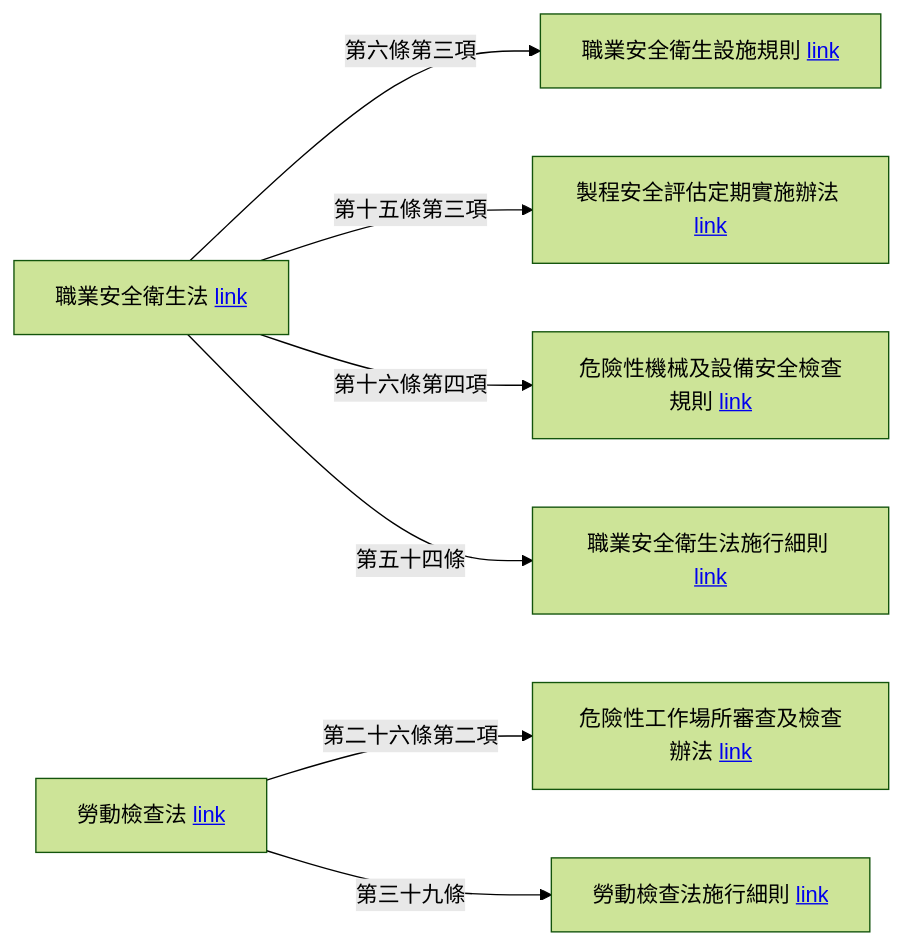
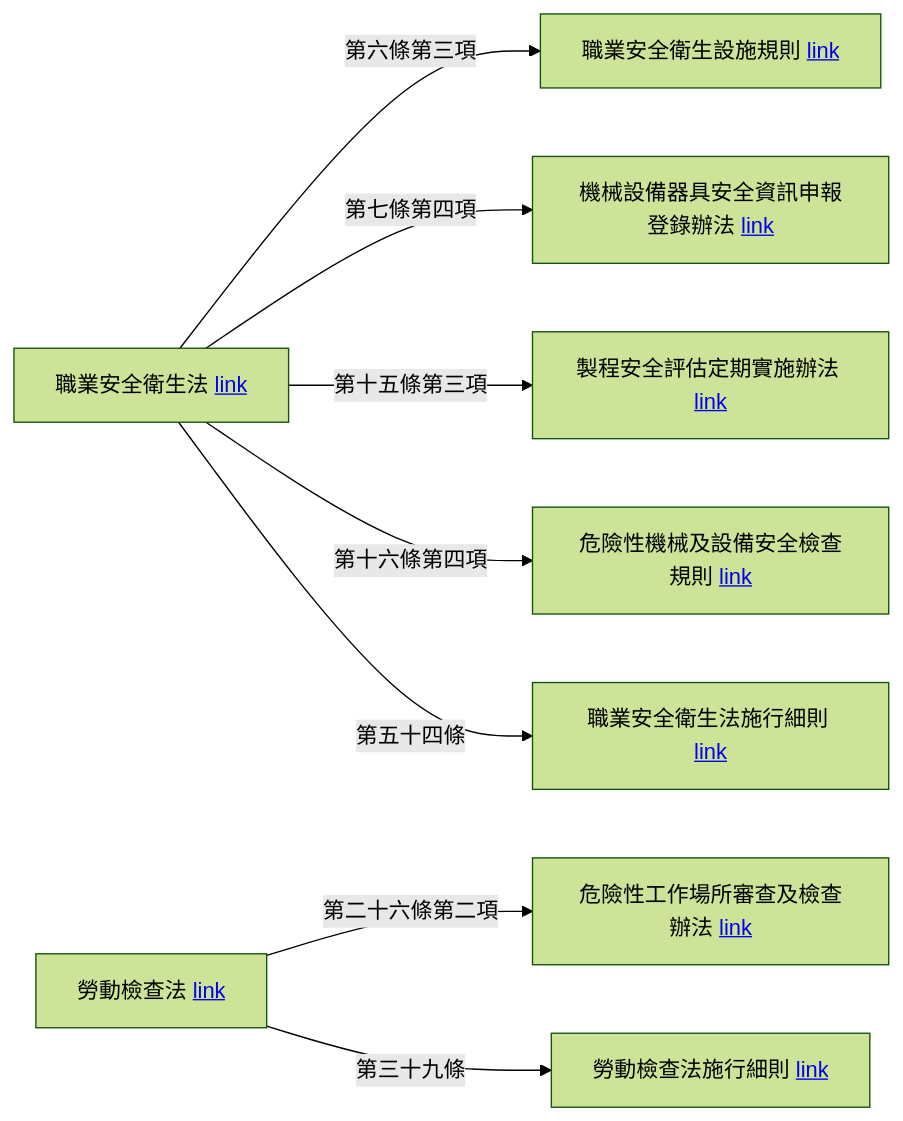
Before and after one commit to YuCH-Hank/OSH: the diagram in docs/A_法規依據/法規參考連結.md, drawn with Mermaid (forest theme). The commit also changed other lines of this file and 3 other files, not shown here.

````diff
--- a/docs/A_法規依據/法規參考連結.md
+++ b/docs/A_法規依據/法規參考連結.md
@@ -3,22 +3,24 @@
 ```mermaid
 flowchart LR
 
     A["職業安全衛生法" <a href='https://law.moj.gov.tw/LawClass/LawAll.aspx?pcode=N0060001'>link</a>]
-    B["職業安全衛生設施規則" <a href='https://law.moj.gov.tw/LawClass/LawAll.aspx?pcode=N0060009'>link</a>]
-    C["職業安全衛生法施行細則" <a href='https://law.moj.gov.tw/LawClass/LawAll.aspx?pcode=N0060002'>link</a>]
-    D["危險性機械及設備安全檢查規則" <a href='https://law.moj.gov.tw/LawClass/LawAll.aspx?pcode=N0060039'>link</a>]
-    G["製程安全評估定期實施辦法" <a href='https://law.moj.gov.tw/LawClass/LawAll.aspx?pcode=N0060071'>link</a>]
+    AA["職業安全衛生設施規則" <a href='https://law.moj.gov.tw/LawClass/LawAll.aspx?pcode=N0060009'>link</a>]
+    AB["職業安全衛生法施行細則" <a href='https://law.moj.gov.tw/LawClass/LawAll.aspx?pcode=N0060002'>link</a>]
+    AC["危險性機械及設備安全檢查規則" <a href='https://law.moj.gov.tw/LawClass/LawAll.aspx?pcode=N0060039'>link</a>]
+    AD["製程安全評估定期實施辦法" <a href='https://law.moj.gov.tw/LawClass/LawAll.aspx?pcode=N0060071'>link</a>]
+    AE["機械設備器具安全資訊申報登錄辦法" <a href='https://law.moj.gov.tw/LawClass/LawAll.aspx?pcode=N0060056'>link</a>]
 
-    AA["勞動檢查法" <a href='https://law.moj.gov.tw/LawClass/LawAll.aspx?pcode=N0070001'>link</a>]
-    E["危險性工作場所審查及檢查辦法" <a href='https://law.moj.gov.tw/LawClass/LawAll.aspx?pcode=N0070019'>link</a>]
-    F["勞動檢查法施行細則" <a href='https://law.moj.gov.tw/LawClass/LawAll.aspx?pcode=N0070004'>link</a>]
+    B["勞動檢查法" <a href='https://law.moj.gov.tw/LawClass/LawAll.aspx?pcode=N0070001'>link</a>]
+    BA["危險性工作場所審查及檢查辦法" <a href='https://law.moj.gov.tw/LawClass/LawAll.aspx?pcode=N0070019'>link</a>]
+    BB["勞動檢查法施行細則" <a href='https://law.moj.gov.tw/LawClass/LawAll.aspx?pcode=N0070004'>link</a>]
 
 
-    A -- 第六條第三項 --> B
-    A -- 第十五條第三項 --> G
-    A -- 第十六條第四項 --> D
-    A -- 第五十四條 --> C
+    A -- 第六條第三項 --> AA
+    A -- 第七條第四項 --> AE
+    A -- 第十五條第三項 --> AD
+    A -- 第十六條第四項 --> AC
+    A -- 第五十四條 --> AB
 
-    AA --第二十六條第二項--> E
-    AA -- 第三十九條 --> F
+    B --第二十六條第二項--> BA
+    B -- 第三十九條 --> BB
 ```
````
